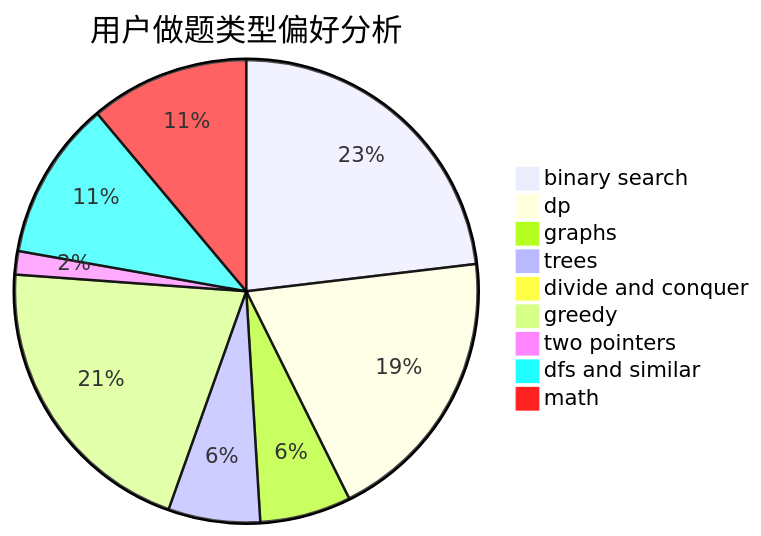
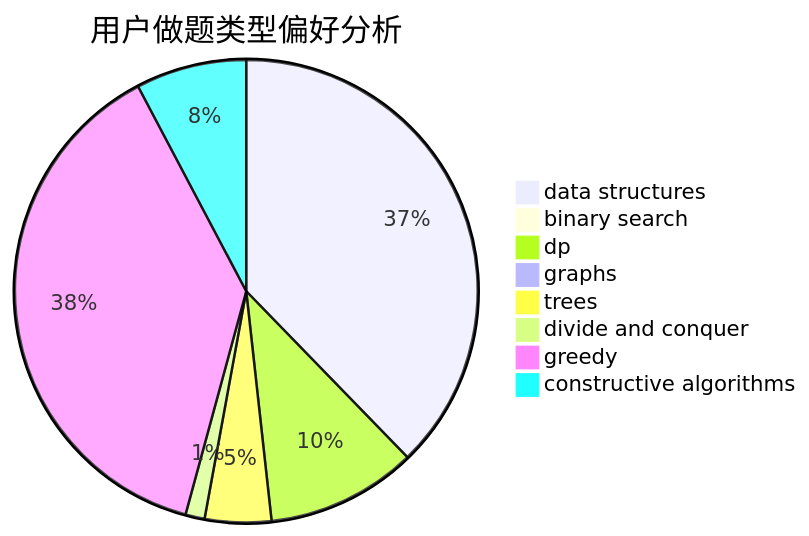
The second of 3 diagrams in docs/user/u1329.md (sherpahu/cfrs.github.io), drawn with Mermaid before and after one commit. The commit also changed other lines of this file and 2775 other files, not shown here.

````diff
--- a/docs/user/u1329.md
+++ b/docs/user/u1329.md
@@ -23,12 +23,11 @@
 ```mermaid
 pie title 用户做题类型偏好分析
-    "binary search" :  537
-    "dp" :  454
-    "graphs" :  148
-    "trees" :  149
-    "divide and conquer" :  21
-    "greedy" :  481
-    "two pointers" :  38
-    "dfs and similar" :  258
-    "math" :  258
+    "data structures" :  366
+    "binary search" :  9
+    "dp" :  102
+    "graphs" :  5
+    "trees" :  45
+    "divide and conquer" :  13
+    "greedy" :  369
+    "constructive algorithms" :  75
 ```
````
